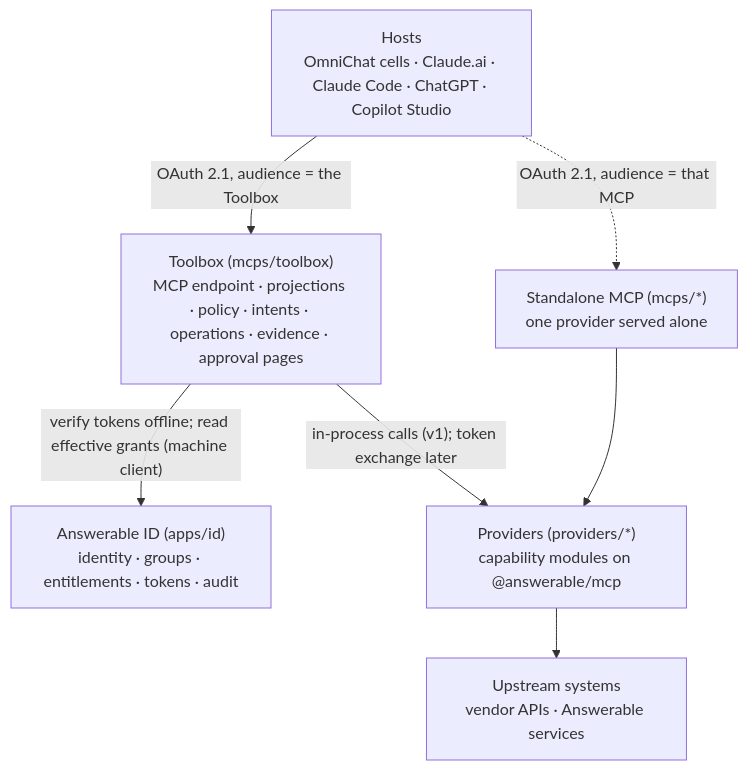
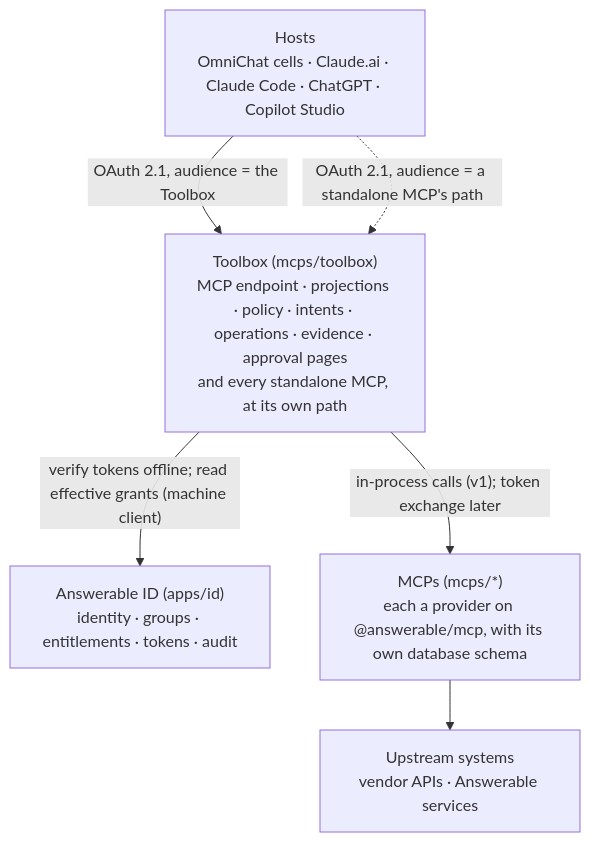
One commit to Rieranthony/answerable-monorepo changed the diagram in docs/08-capability-platform.md. Above: the diagram before and after it, drawn with Mermaid. The commit also changed other lines of this file and 491 other files, not shown here.

First line of the commit message:
Type every service's configuration, and make, serve and ship MCPs with bun mcp (#13)

````diff
--- a/docs/08-capability-platform.md
+++ b/docs/08-capability-platform.md
@@ -35,16 +35,14 @@
 ```mermaid
 flowchart TB
     HOSTS["Hosts<br/>OmniChat cells · Claude.ai · Claude Code · ChatGPT · Copilot Studio"]
-    TB["Toolbox (mcps/toolbox)<br/>MCP endpoint · projections · policy · intents · operations · evidence · approval pages"]
+    TB["Toolbox (mcps/toolbox)<br/>MCP endpoint · projections · policy · intents · operations · evidence · approval pages<br/>and every standalone MCP, at its own path"]
     ID["Answerable ID (apps/id)<br/>identity · groups · entitlements · tokens · audit"]
-    PROV["Providers (providers/*)<br/>capability modules on @answerable/mcp"]
+    PROV["MCPs (mcps/*)<br/>each a provider on @answerable/mcp, with its own database schema"]
     UP["Upstream systems<br/>vendor APIs · Answerable services"]
-    STANDALONE["Standalone MCP (mcps/*)<br/>one provider served alone"]
 
     HOSTS -- "OAuth 2.1, audience = the Toolbox" --> TB
-    HOSTS -. "OAuth 2.1, audience = that MCP" .-> STANDALONE
+    HOSTS -. "OAuth 2.1, audience = a standalone MCP's path" .-> TB
     TB -- "verify tokens offline; read effective grants (machine client)" --> ID
     TB -- "in-process calls (v1); token exchange later" --> PROV
-    STANDALONE --> PROV
     PROV --> UP
 ```
````
